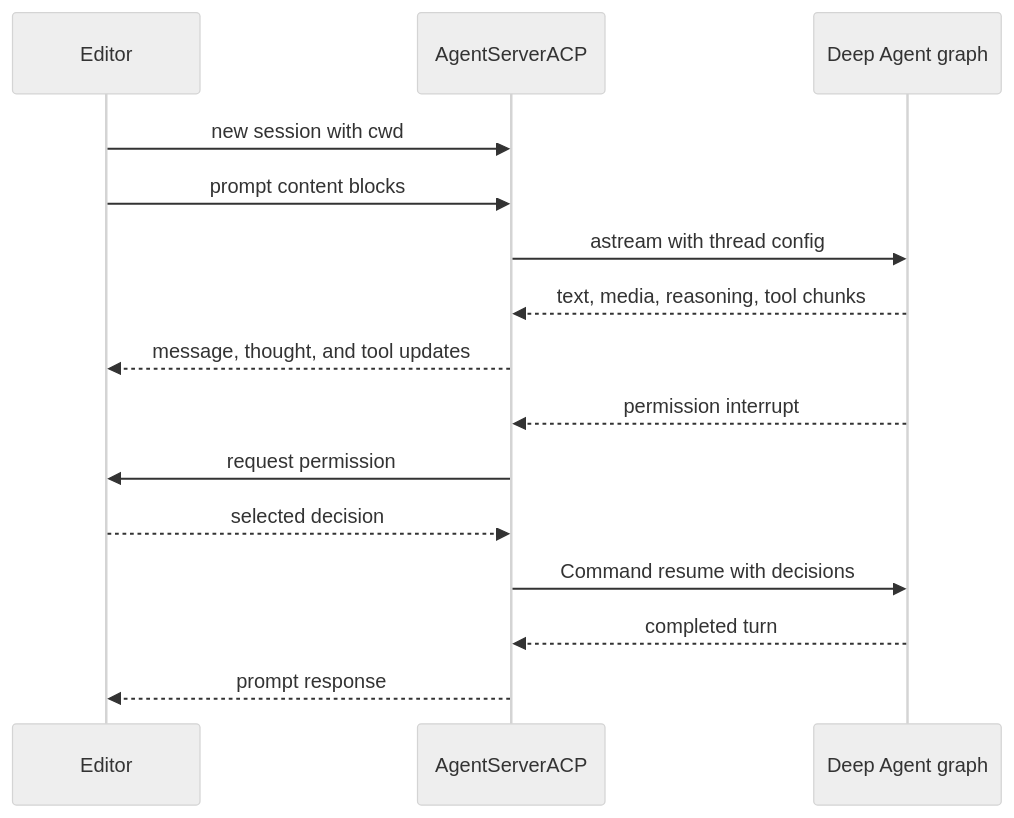
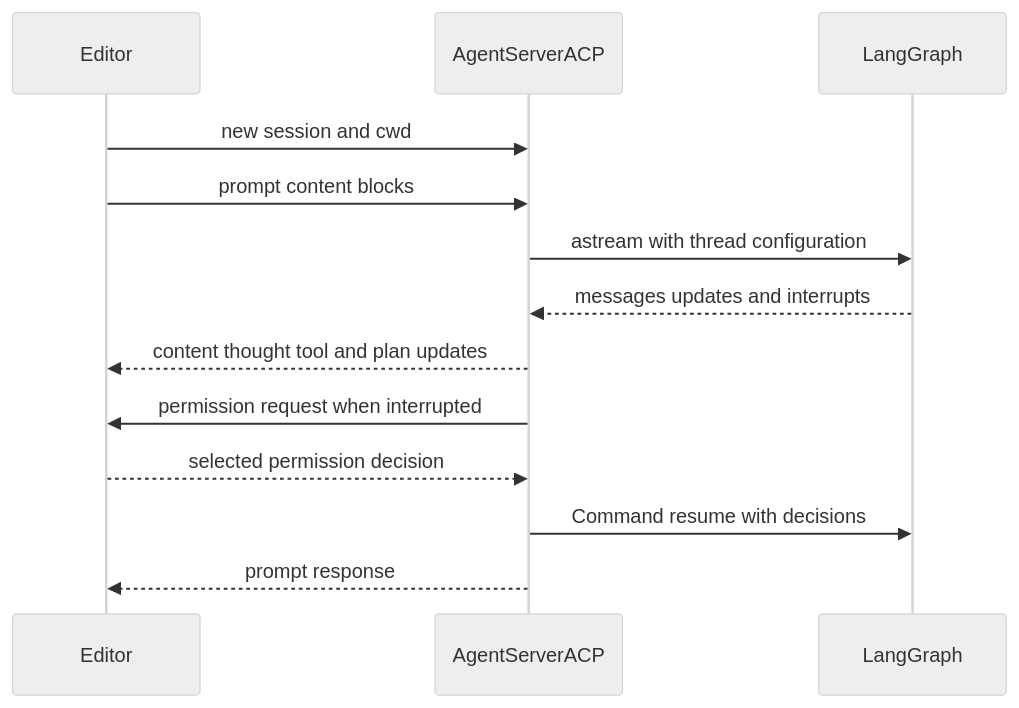
Before and after one commit to langchain-ai/deepagents: the diagram in openwiki/integrations/acp.md, drawn with Mermaid (neutral theme). The commit also changed other lines of this file and 39 other files, not shown here.

````diff
--- a/openwiki/integrations/acp.md
+++ b/openwiki/integrations/acp.md
@@ -66,17 +74,15 @@
 ```mermaid
 sequenceDiagram
     participant Editor
     participant Adapter as AgentServerACP
-    participant Graph as Deep Agent graph
-    Editor->>Adapter: new session with cwd
+    participant Graph as LangGraph
+    Editor->>Adapter: new session and cwd
     Editor->>Adapter: prompt content blocks
-    Adapter->>Graph: astream with thread config
-    Graph-->>Adapter: text, media, reasoning, tool chunks
-    Adapter-->>Editor: message, thought, and tool updates
-    Graph-->>Adapter: permission interrupt
-    Adapter->>Editor: request permission
-    Editor-->>Adapter: selected decision
+    Adapter->>Graph: astream with thread configuration
+    Graph-->>Adapter: messages updates and interrupts
+    Adapter-->>Editor: content thought tool and plan updates
+    Adapter->>Editor: permission request when interrupted
+    Editor-->>Adapter: selected permission decision
     Adapter->>Graph: Command resume with decisions
-    Graph-->>Adapter: completed turn
     Adapter-->>Editor: prompt response
 ```
````
